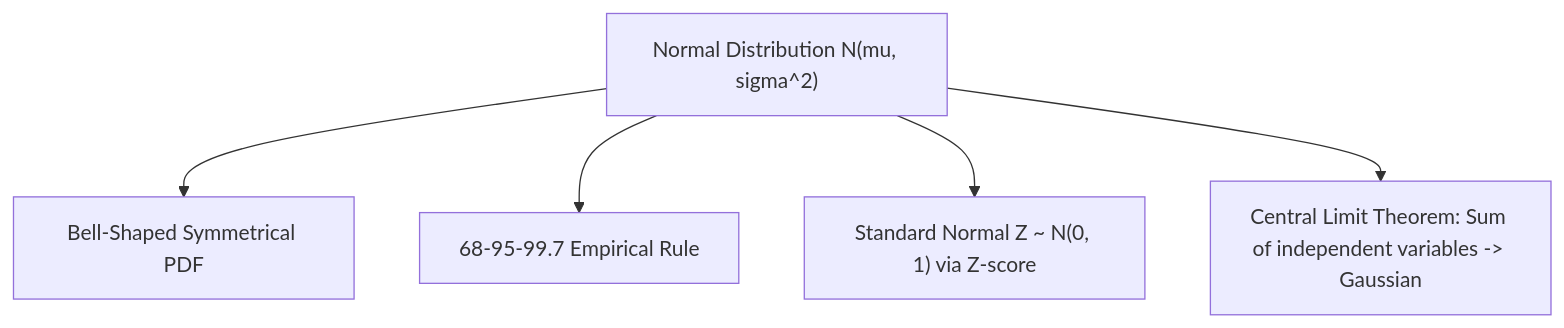
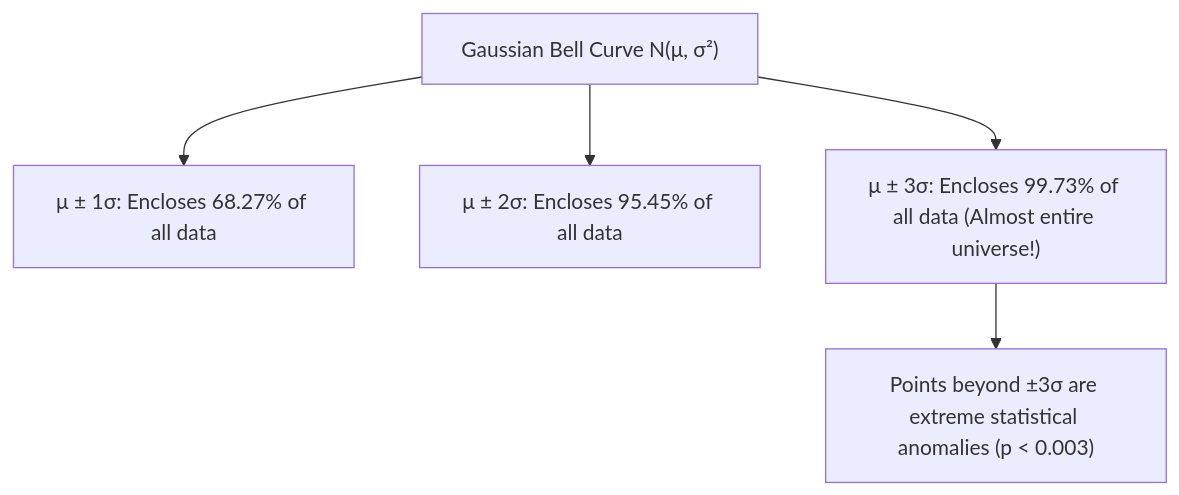
Before and after one commit to S1h2i3v4a/AI_ML: the diagram in lecture_20/Notes_20.20/README.md, drawn with Mermaid. The commit also changed other lines of this file and 203 other files, not shown here.

Commit message:
docs(lectures 19-21): align notes with video lectures, add blackboard diagrams, clean structured functions, and compile vector PDFs

````diff
--- a/lecture_20/Notes_20.20/README.md
+++ b/lecture_20/Notes_20.20/README.md
@@ -14,7 +10,8 @@
 ```mermaid
 flowchart TD
-    A["Normal Distribution N(mu, sigma^2)"] --> B["Bell-Shaped Symmetrical PDF"]
-    A --> C["68-95-99.7 Empirical Rule"]
-    A --> D["Standard Normal Z ~ N(0, 1) via Z-score"]
-    A --> E["Central Limit Theorem: Sum of independent variables -> Gaussian"]
+    Gaussian["Gaussian Bell Curve N(μ, σ²)"] --> S1["μ ± 1σ: Encloses 68.27% of all data"]
+    Gaussian --> S2["μ ± 2σ: Encloses 95.45% of all data"]
+    Gaussian --> S3["μ ± 3σ: Encloses 99.73% of all data (Almost entire universe!)"]
+    
+    S3 --> Outliers["Points beyond ±3σ are extreme statistical anomalies (p < 0.003)"]
 ```
````
